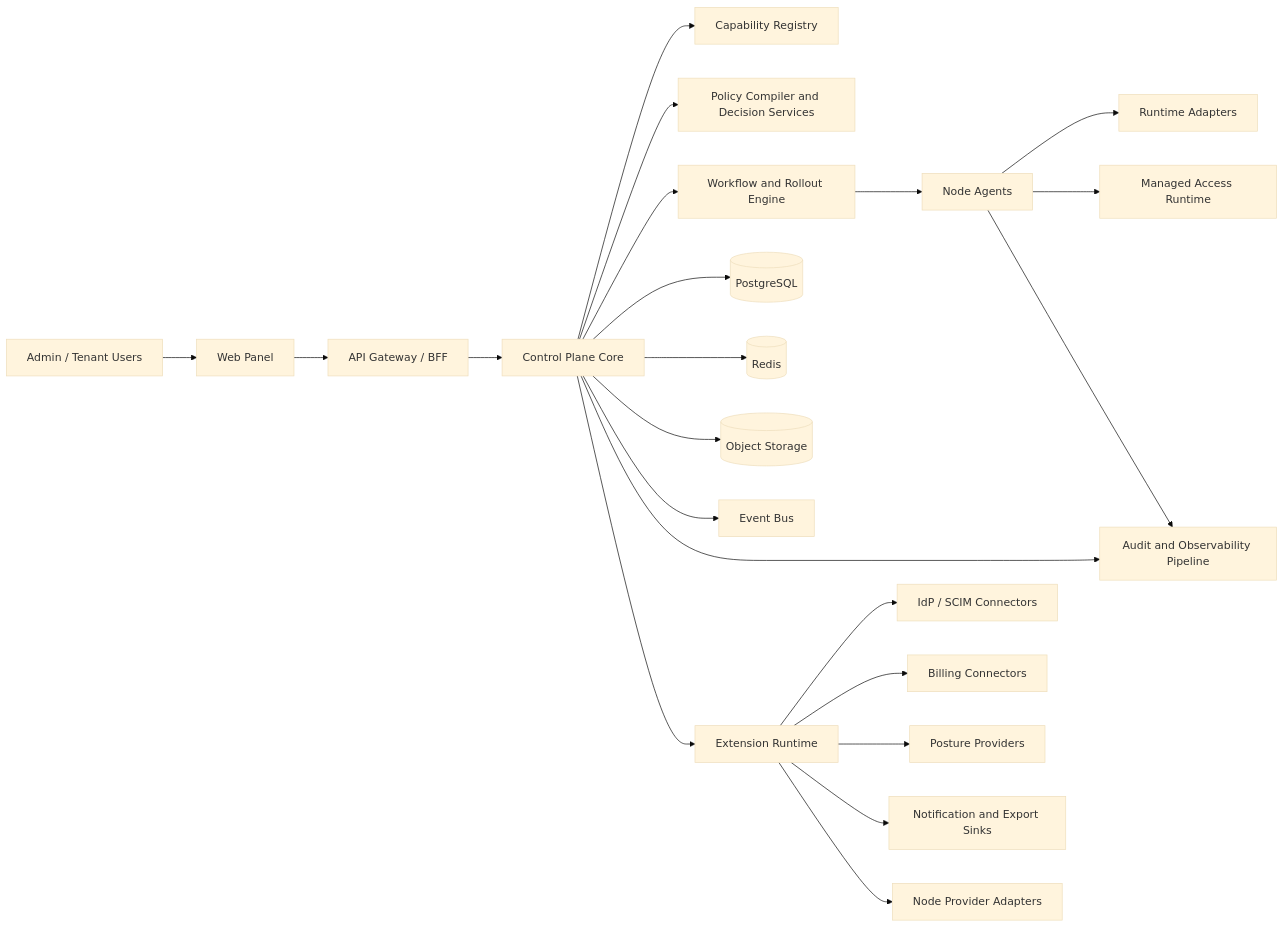
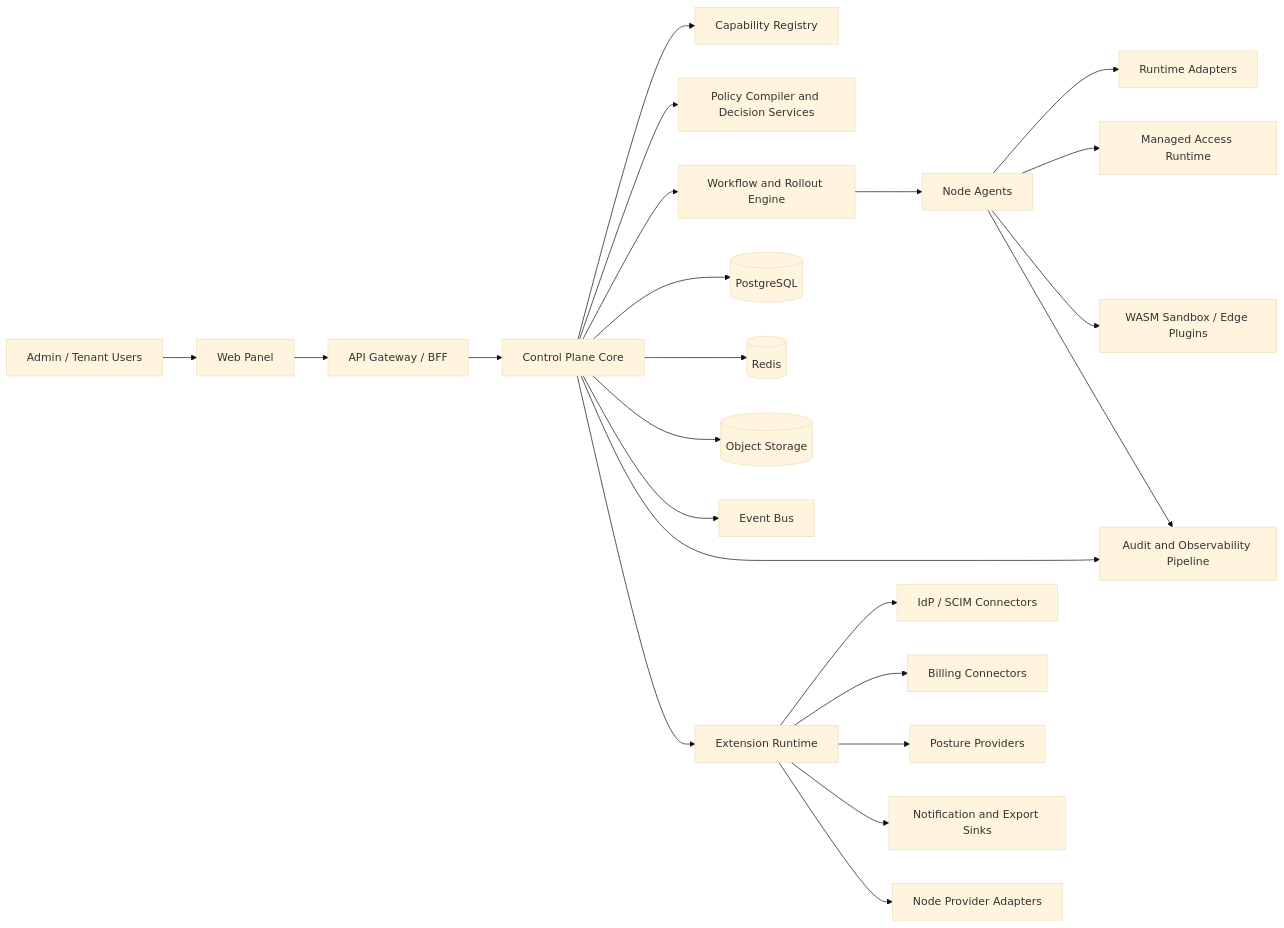
The diagram in docs/02-architecture.md (OpenHuge/HugeEdge), drawn with Mermaid (base theme) before and after one commit. The commit also changed other lines of this file and 12 other files, not shown here.

````diff
--- a/docs/02-architecture.md
+++ b/docs/02-architecture.md
@@ -5,26 +5,27 @@
 ```mermaid
 flowchart LR
     A[Admin / Tenant Users] --> B[Web Panel]
     B --> C[API Gateway / BFF]
     C --> D[Control Plane Core]
     D --> E[Capability Registry]
     D --> F[Policy Compiler and Decision Services]
     D --> G[Workflow and Rollout Engine]
     D --> H[(PostgreSQL)]
     D --> I[(Redis)]
     D --> J[(Object Storage)]
     D --> K[Event Bus]
     D --> L[Audit and Observability Pipeline]
     D --> M[Extension Runtime]
 
     M --> N[IdP / SCIM Connectors]
     M --> O[Billing Connectors]
     M --> P[Posture Providers]
     M --> Q[Notification and Export Sinks]
     M --> R[Node Provider Adapters]
 
     G --> S[Node Agents]
     S --> T[Runtime Adapters]
     S --> U[Managed Access Runtime]
+    S --> W[WASM Sandbox / Edge Plugins]
     S --> L
 ```
````
